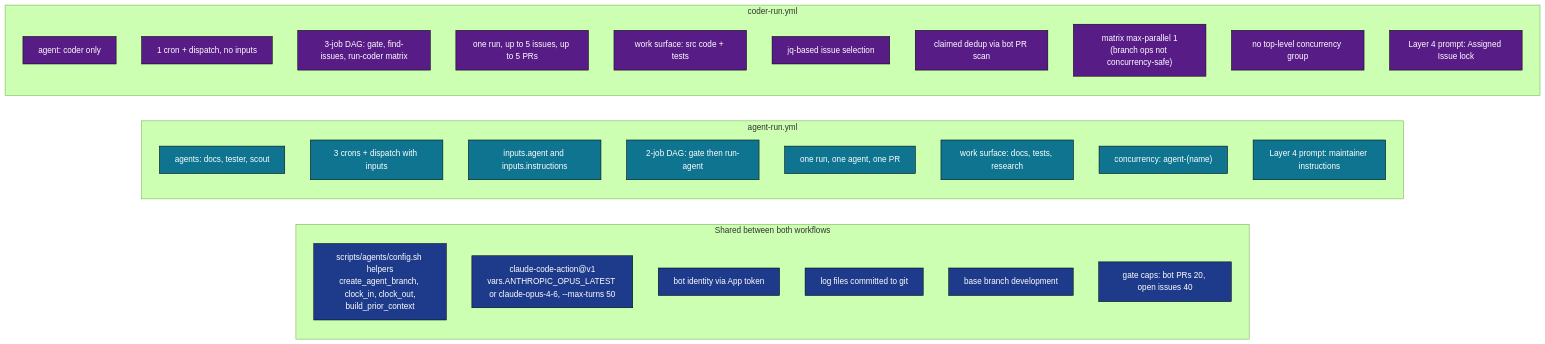
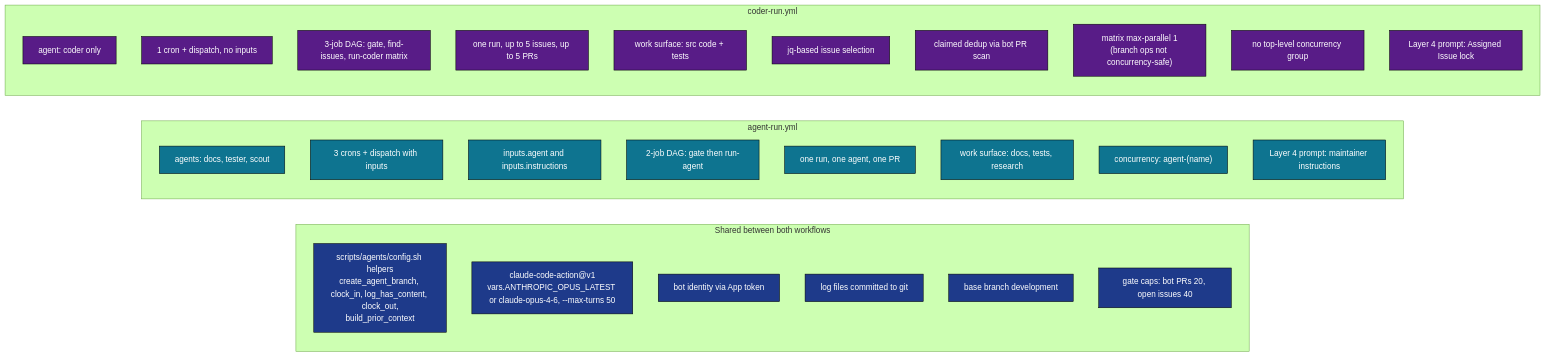
Before and after one commit to llm-exe/llm-exe: diagram 12 of 13 in .github/docs/CODER_RUN_DEEP_DIVE.md, drawn with Mermaid (forest theme). The commit also changed other lines of this file and 6 other files, not shown here.

First line of the commit message:
docs: sync agent deep dives after config.sh and maintain.sh clock_out change

````diff
--- a/.github/docs/CODER_RUN_DEEP_DIVE.md
+++ b/.github/docs/CODER_RUN_DEEP_DIVE.md
@@ -638,39 +639,39 @@
 ```mermaid
 flowchart LR
     classDef same fill:#1e3a8a,color:#fff,stroke:#000
     classDef ar fill:#0e7490,color:#fff,stroke:#000
     classDef cr fill:#581c87,color:#fff,stroke:#000
 
     subgraph Shared["Shared between both workflows"]
-        s1["scripts/agents/config.sh helpers\ncreate_agent_branch, clock_in, clock_out,\nbuild_prior_context"]:::same
+        s1["scripts/agents/config.sh helpers\ncreate_agent_branch, clock_in, log_has_content, clock_out,\nbuild_prior_context"]:::same
         s2["claude-code-action@v1\nvars.ANTHROPIC_OPUS_LATEST or claude-opus-4-6, --max-turns 50"]:::same
         s3["bot identity via App token"]:::same
         s4["log files committed to git"]:::same
         s5["base branch development"]:::same
         s6["gate caps: bot PRs 20, open issues 40"]:::same
     end
 
     subgraph AR["agent-run.yml"]
         a1["agents: docs, tester, scout"]:::ar
         a2["3 crons + dispatch with inputs"]:::ar
         a3["inputs.agent and inputs.instructions"]:::ar
         a4["2-job DAG: gate then run-agent"]:::ar
         a5["one run, one agent, one PR"]:::ar
         a6["work surface: docs, tests, research"]:::ar
         a7["concurrency: agent-(name)"]:::ar
         a8["Layer 4 prompt: maintainer instructions"]:::ar
     end
 
     subgraph CR["coder-run.yml"]
         c1["agent: coder only"]:::cr
         c2["1 cron + dispatch, no inputs"]:::cr
         c3["3-job DAG: gate, find-issues, run-coder matrix"]:::cr
         c4["one run, up to 5 issues, up to 5 PRs"]:::cr
         c5["work surface: src code + tests"]:::cr
         c6["jq-based issue selection"]:::cr
         c7["claimed dedup via bot PR scan"]:::cr
         c8["matrix max-parallel 1\n(branch ops not concurrency-safe)"]:::cr
         c9["no top-level concurrency group"]:::cr
         c10["Layer 4 prompt: Assigned Issue lock"]:::cr
     end
 ```
````
